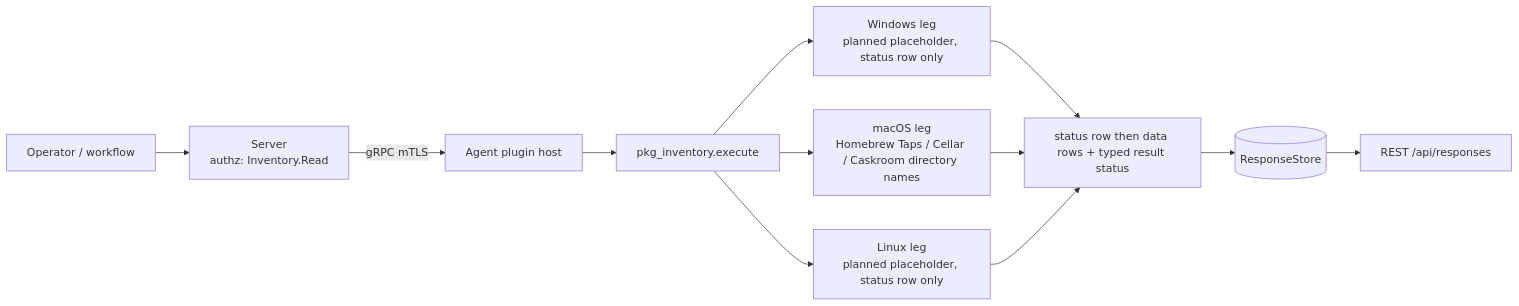
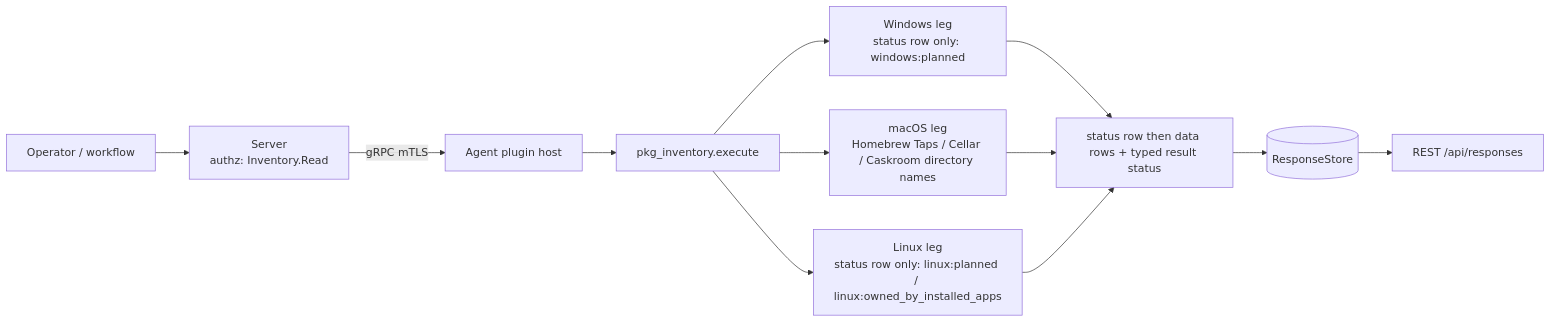
The diagram in agents/plugins/pkg_inventory/README.md (Tr3kkR/Yuzu), drawn with Mermaid before and after one commit. The commit also changed other lines of this file and 2 other files, not shown here.

First line of the commit message:
docs(pkg_inventory): state the macOS overlap with installed_apps, the synthetic layouts and the reduced leg set truthfully

````diff
--- a/agents/plugins/pkg_inventory/README.md
+++ b/agents/plugins/pkg_inventory/README.md
@@ -19,9 +19,9 @@
 ```mermaid
 flowchart LR
   OP[Operator / workflow] --> SRV[Server<br/>authz: Inventory.Read]
   SRV -- gRPC mTLS --> HOST[Agent plugin host] --> EX[pkg_inventory.execute]
-  EX --> WIN[Windows leg<br/>planned placeholder, status row only]
+  EX --> WIN[Windows leg<br/>status row only: windows:planned]
   EX --> MAC[macOS leg<br/>Homebrew Taps / Cellar / Caskroom directory names]
-  EX --> LIN[Linux leg<br/>planned placeholder, status row only]
+  EX --> LIN[Linux leg<br/>status row only: linux:planned / linux:owned_by_installed_apps]
   WIN & MAC & LIN --> ROWS[status row then data rows + typed result status] --> RS[(ResponseStore)] --> API[REST /api/responses]
 ```
````
